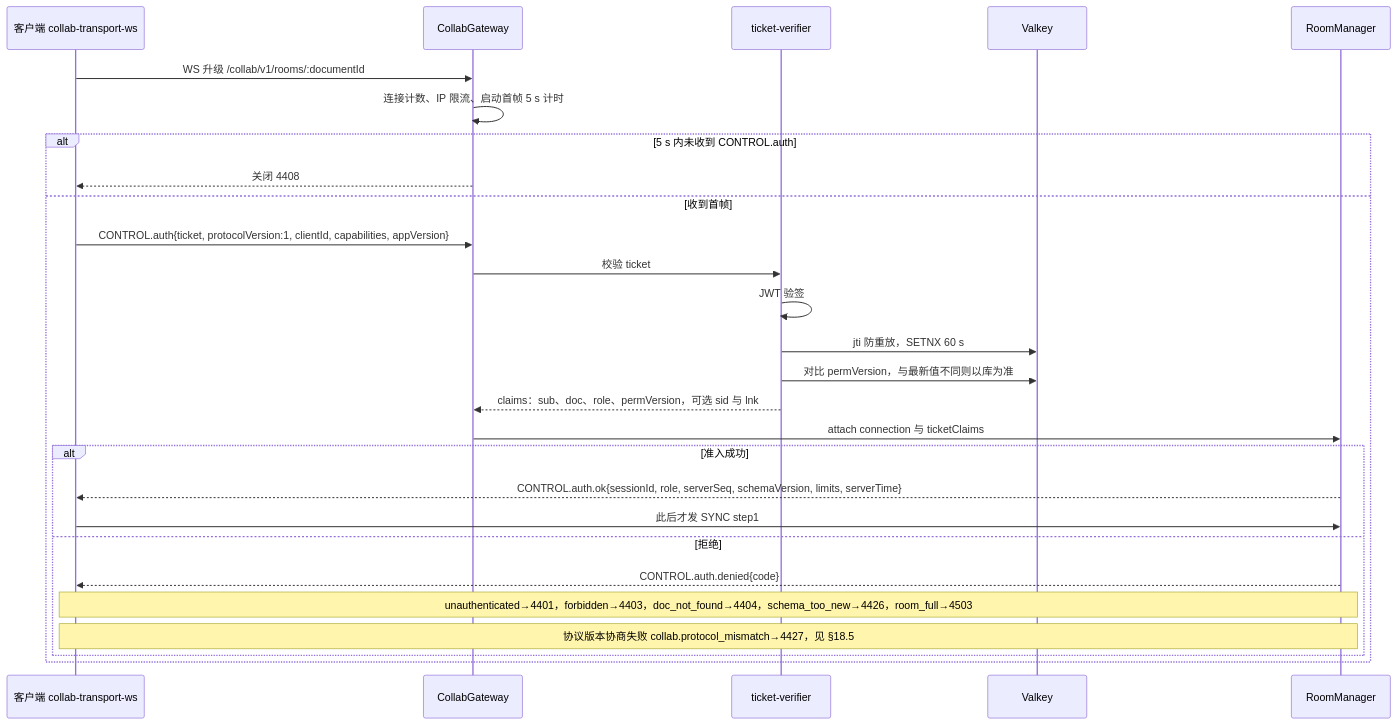
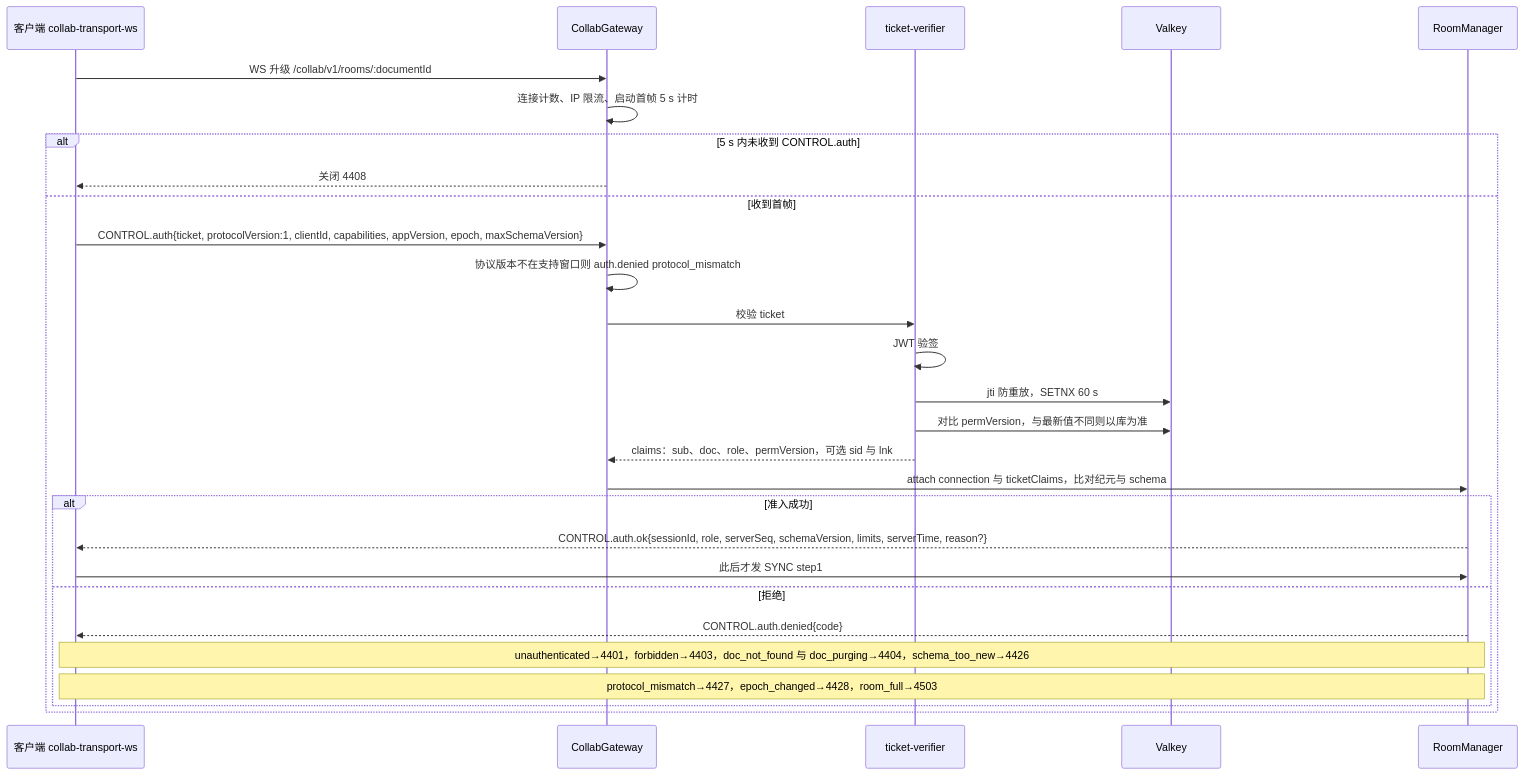
Before and after one commit to Xeonice/cordis-ppt-editor: the seventh of 14 diagrams in docs/30-architecture/06-collaboration.md, drawn with Mermaid. The commit also changed other lines of this file and 79 other files, not shown here.

````diff
--- a/docs/30-architecture/06-collaboration.md
+++ b/docs/30-architecture/06-collaboration.md
@@ -654,29 +646,30 @@
 ```mermaid
 sequenceDiagram
   participant C as 客户端 collab-transport-ws
   participant G as CollabGateway
   participant TV as ticket-verifier
   participant VK as Valkey
   participant RM as RoomManager
   C->>G: WS 升级 /collab/v1/rooms/:documentId
   G->>G: 连接计数、IP 限流、启动首帧 5 s 计时
   alt 5 s 内未收到 CONTROL.auth
     G-->>C: 关闭 4408
   else 收到首帧
-    C->>G: CONTROL.auth{ticket, protocolVersion:1, clientId, capabilities, appVersion}
+    C->>G: CONTROL.auth{ticket, protocolVersion:1, clientId, capabilities, appVersion, epoch, maxSchemaVersion}
+    G->>G: 协议版本不在支持窗口则 auth.denied protocol_mismatch
     G->>TV: 校验 ticket
     TV->>TV: JWT 验签
     TV->>VK: jti 防重放，SETNX 60 s
     TV->>VK: 对比 permVersion，与最新值不同则以库为准
     TV-->>G: claims：sub、doc、role、permVersion，可选 sid 与 lnk
-    G->>RM: attach connection 与 ticketClaims
+    G->>RM: attach connection 与 ticketClaims，比对纪元与 schema
     alt 准入成功
-      RM-->>C: CONTROL.auth.ok{sessionId, role, serverSeq, schemaVersion, limits, serverTime}
+      RM-->>C: CONTROL.auth.ok{sessionId, role, serverSeq, schemaVersion, limits, serverTime, reason?}
       C->>RM: 此后才发 SYNC step1
     else 拒绝
       RM-->>C: CONTROL.auth.denied{code}
-      Note over C,RM: unauthenticated→4401，forbidden→4403，doc_not_found→4404，schema_too_new→4426，room_full→4503
-      Note over C,RM: 协议版本协商失败 collab.protocol_mismatch→4427，见 §18.5
+      Note over C,RM: unauthenticated→4401，forbidden→4403，doc_not_found 与 doc_purging→4404，schema_too_new→4426
+      Note over C,RM: protocol_mismatch→4427，epoch_changed→4428，room_full→4503
     end
   end
 ```
````
